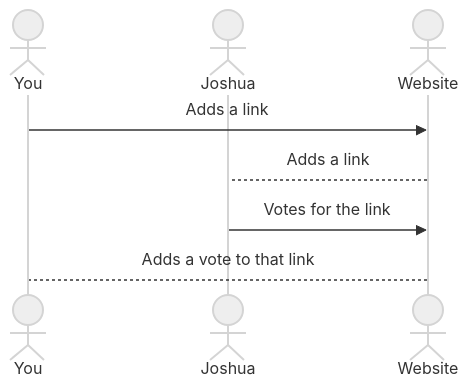
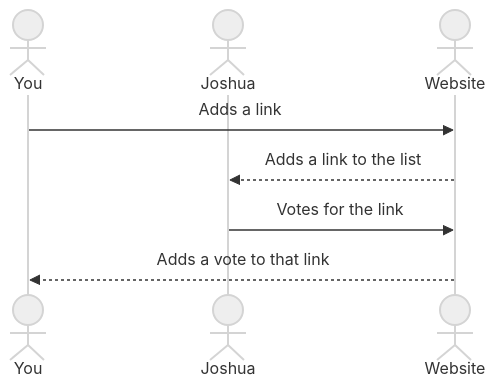
Before and after one commit to Billpack68/startup: the diagram in README.md, drawn with Mermaid (neutral theme).

Commit message:
Finishing touches on specifications

````diff
--- a/README.md
+++ b/README.md
@@ -27,10 +27,10 @@
 ```mermaid
 sequenceDiagram
     actor You
     actor Joshua
     actor Website
     You->>Website: Adds a link
-    Website-->Joshua: Adds a link
+    Website-->>Joshua: Adds a link to the list
     Joshua->>Website: Votes for the link
-    Website-->You: Adds a vote to that link
+    Website-->>You: Adds a vote to that link
 ```
````
